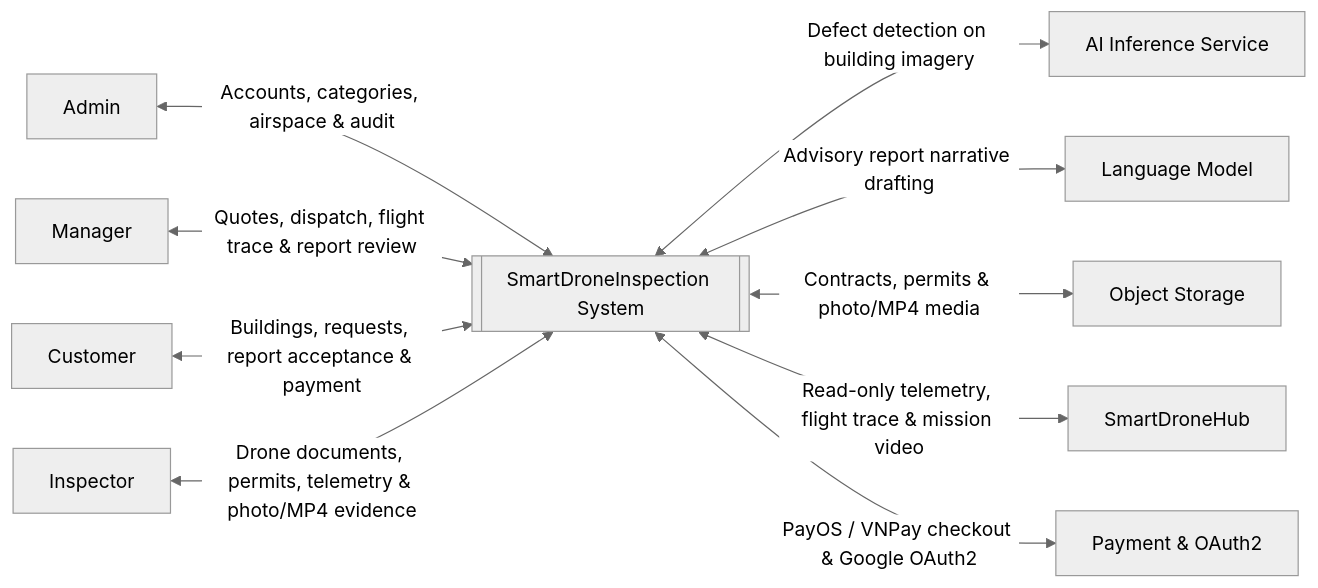
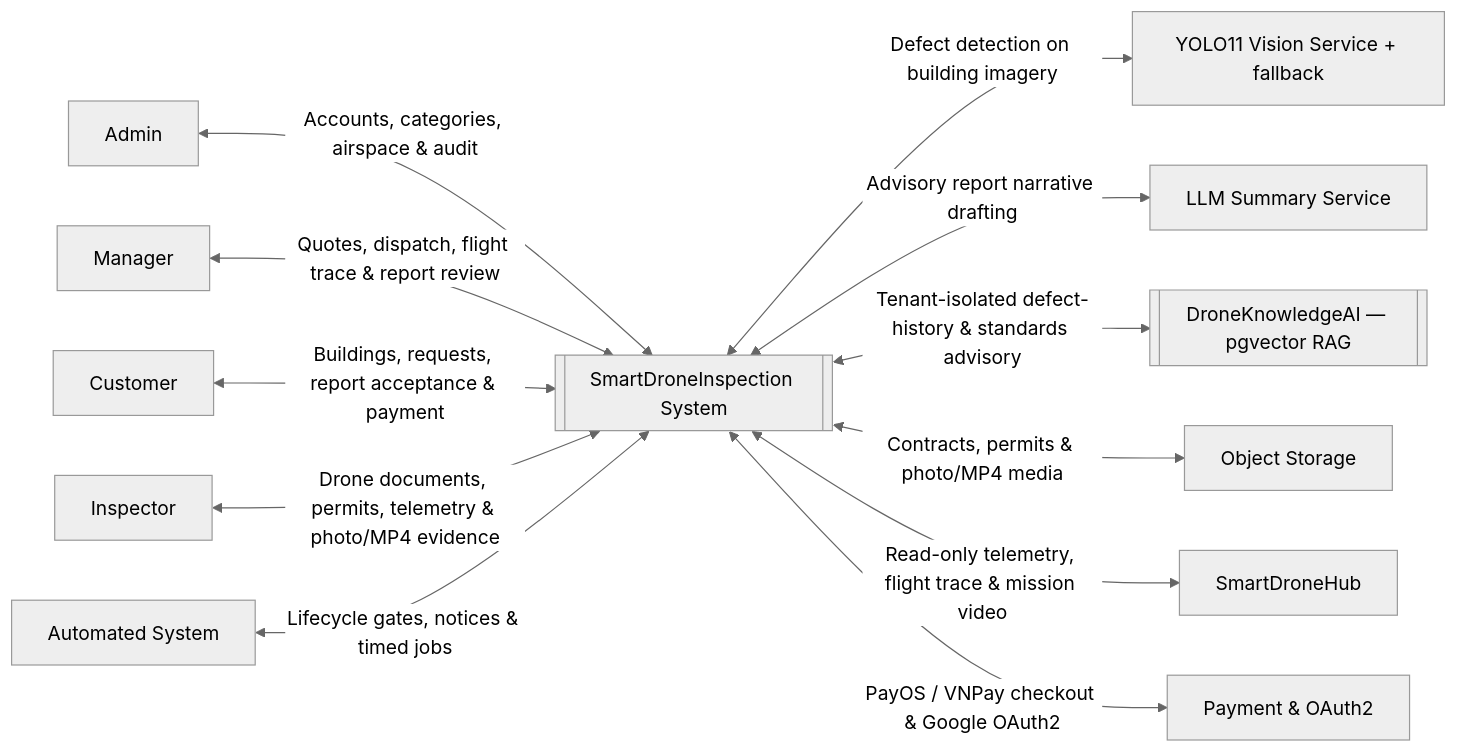
One commit to tungbach12/SmartDroneInspection-Docs changed the diagram in reports/report-3-software-requirement-specification/01-overall-description.md. Above: the diagram before and after it, drawn with Mermaid (neutral theme). The commit also changed other lines of this file and 121 other files, not shown here.

Commit message:
docs(reports): synchronize Reports 1-7, Report 7 expansion, and DroneKnowledgeAI specs

````diff
--- a/reports/report-3-software-requirement-specification/01-overall-description.md
+++ b/reports/report-3-software-requirement-specification/01-overall-description.md
@@ -16,26 +16,30 @@
 ```mermaid
 %% title: System Context Diagram
 flowchart LR
   ADMIN["Admin"]
   MANAGER["Manager"]
   CUSTOMER["Customer"]
   INSPECTOR["Inspector"]
+  SYSTEM["Automated System"]
 
   SDI[["SmartDroneInspection System"]]
-  AI["AI Inference Service"]
-  LLM["Language Model"]
+  YOLO["YOLO11 Vision Service + fallback"]
+  LLM["LLM Summary Service"]
+  DKA[["DroneKnowledgeAI — pgvector RAG"]]
   STORAGE["Object Storage"]
   HUB["SmartDroneHub"]
   PAYMENT["Payment & OAuth2"]
 
   ADMIN <-->|"Accounts, categories, airspace & audit"| SDI
   MANAGER <-->|"Quotes, dispatch, flight trace & report review"| SDI
   CUSTOMER <-->|"Buildings, requests, report acceptance & payment"| SDI
   INSPECTOR <-->|"Drone documents, permits, telemetry & photo/MP4 evidence"| SDI
+  SYSTEM <-->|"Lifecycle gates, notices & timed jobs"| SDI
 
-  SDI <-->|"Defect detection on building imagery"| AI
+  SDI <-->|"Defect detection on building imagery"| YOLO
   SDI <-->|"Advisory report narrative drafting"| LLM
+  SDI <-->|"Tenant-isolated defect-history & standards advisory"| DKA
   SDI <-->|"Contracts, permits & photo/MP4 media"| STORAGE
   SDI <-->|"Read-only telemetry, flight trace & mission video"| HUB
   SDI <-->|"PayOS / VNPay checkout & Google OAuth2"| PAYMENT
 ```
````
